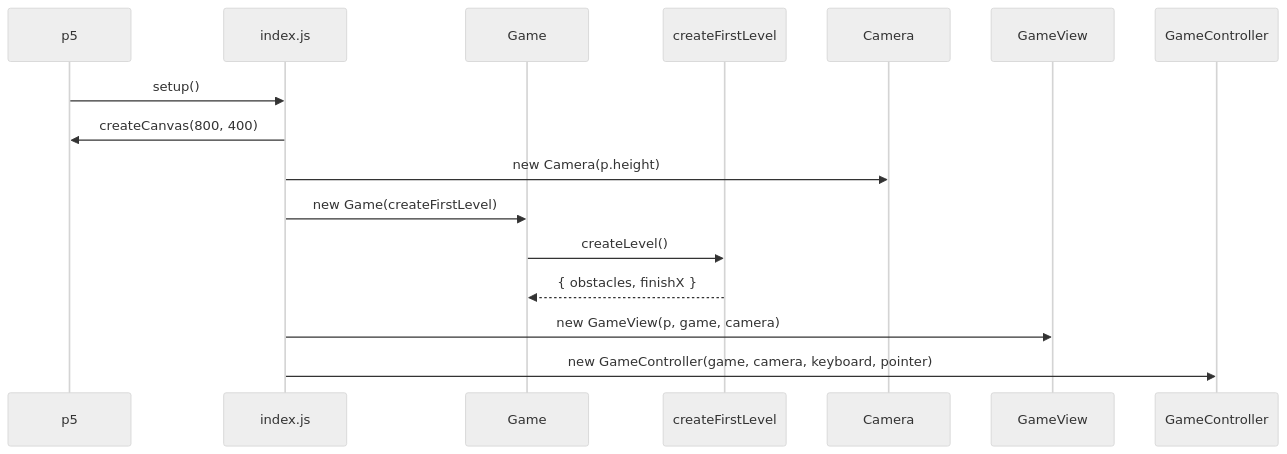
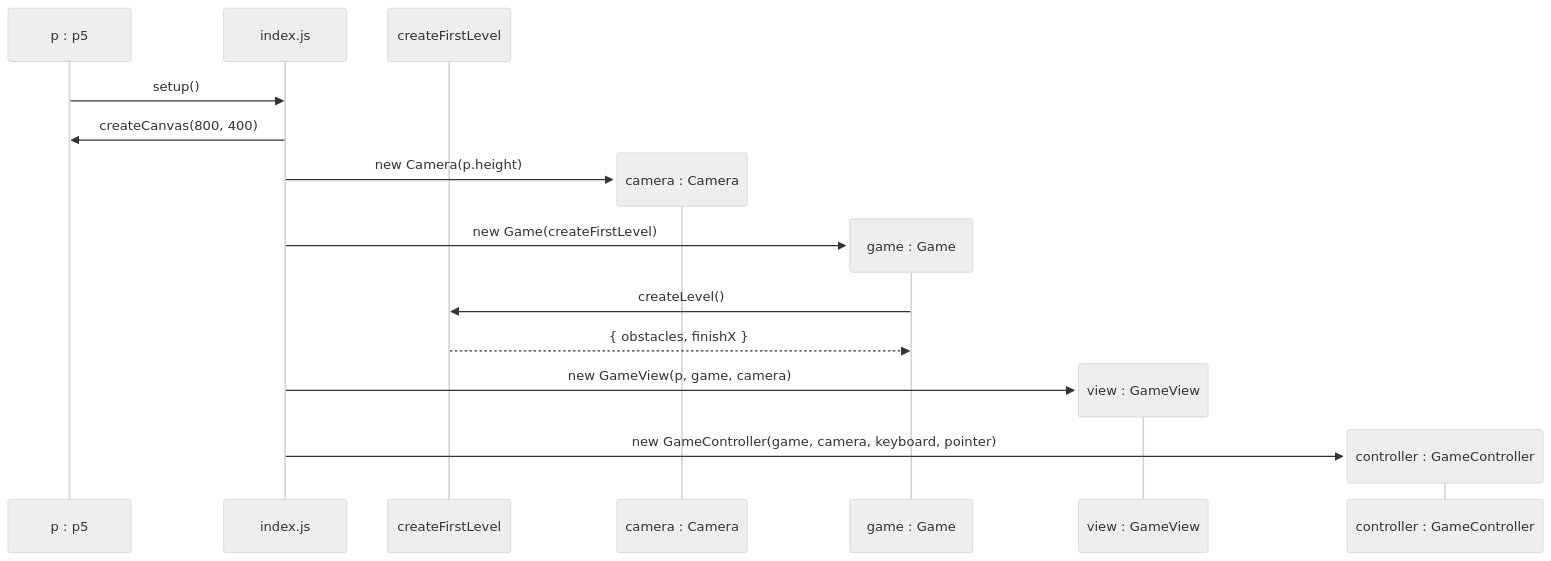
The fifth of 9 diagrams in MVC_DESIGN.md (1dv610/ripe-tomato), drawn with Mermaid (neutral theme) before and after one commit. The commit also changed other lines of this file, not shown here.

First line of the commit message:
Name sequence diagram lifelines as instances in UML notation

````diff
--- a/MVC_DESIGN.md
+++ b/MVC_DESIGN.md
@@ -730,19 +735,19 @@
 ```mermaid
 sequenceDiagram
-    participant P as p5
+    participant P as p : p5
     participant S as index.js
-    participant G as Game
     participant L as createFirstLevel
-    participant Cam as Camera
-    participant V as GameView
-    participant C as GameController
 
     P->>S: setup()
     S->>P: createCanvas(800, 400)
+    create participant Cam as camera : Camera
     S->>Cam: new Camera(p.height)
+    create participant G as game : Game
     S->>G: new Game(createFirstLevel)
     G->>L: createLevel()
     L-->>G: { obstacles, finishX }
+    create participant V as view : GameView
     S->>V: new GameView(p, game, camera)
+    create participant C as controller : GameController
     S->>C: new GameController(game, camera, keyboard, pointer)
 ```
````
